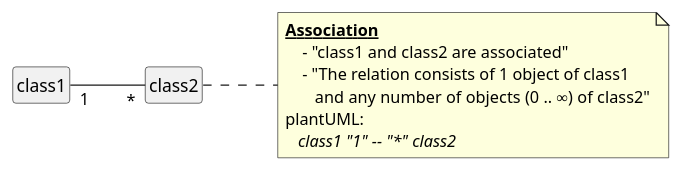
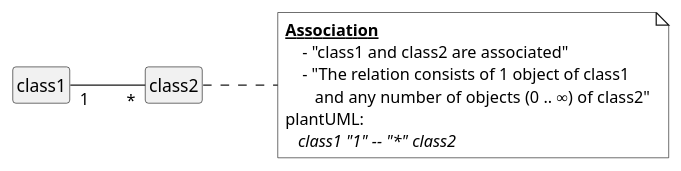
The seventh of 32 diagrams in uml_markdown_summary.md (chraxo/UmlMarkdownCheatSheet), drawn with PlantUML before and after one commit. The commit also changed other lines of this file, not shown here.

```diff
--- a/uml_markdown_summary.md
+++ b/uml_markdown_summary.md
@@ -388,20 +307,28 @@
 @startuml
-    skinparam classFontName Consolas
+    skinparam noteFontName Consolas
+    skinparam legendFontName Consolas
+    skinparam noteBackgroundColor white
+    skinparam legendBackgroundColor white
+    skinparam legendBorderColor white
+    'skinparam DiagramBorderColor black
+    'skinparam DiagramBorderThickness 2
+    skinparam style strictuml
+    'skinparam monochrome true
+
+    skinparam classFontName Consolas    
     skinparam classAttributeFontName Consolas
-    skinparam noteFontName Consolas
-
+    
     hide empty members
     left to right direction
-    skinparam style strictuml
 
     class1 "1" -- "*" class2
 
     note right 
         **__Association__**
             - "class1 and class2 are associated"
             - "The relation consists of 1 object of class1 
                and any number of objects (0 .. ∞) of class2"
         plantUML:
            //class1 "1" -- "*" class2//
     end note
 @enduml
```
